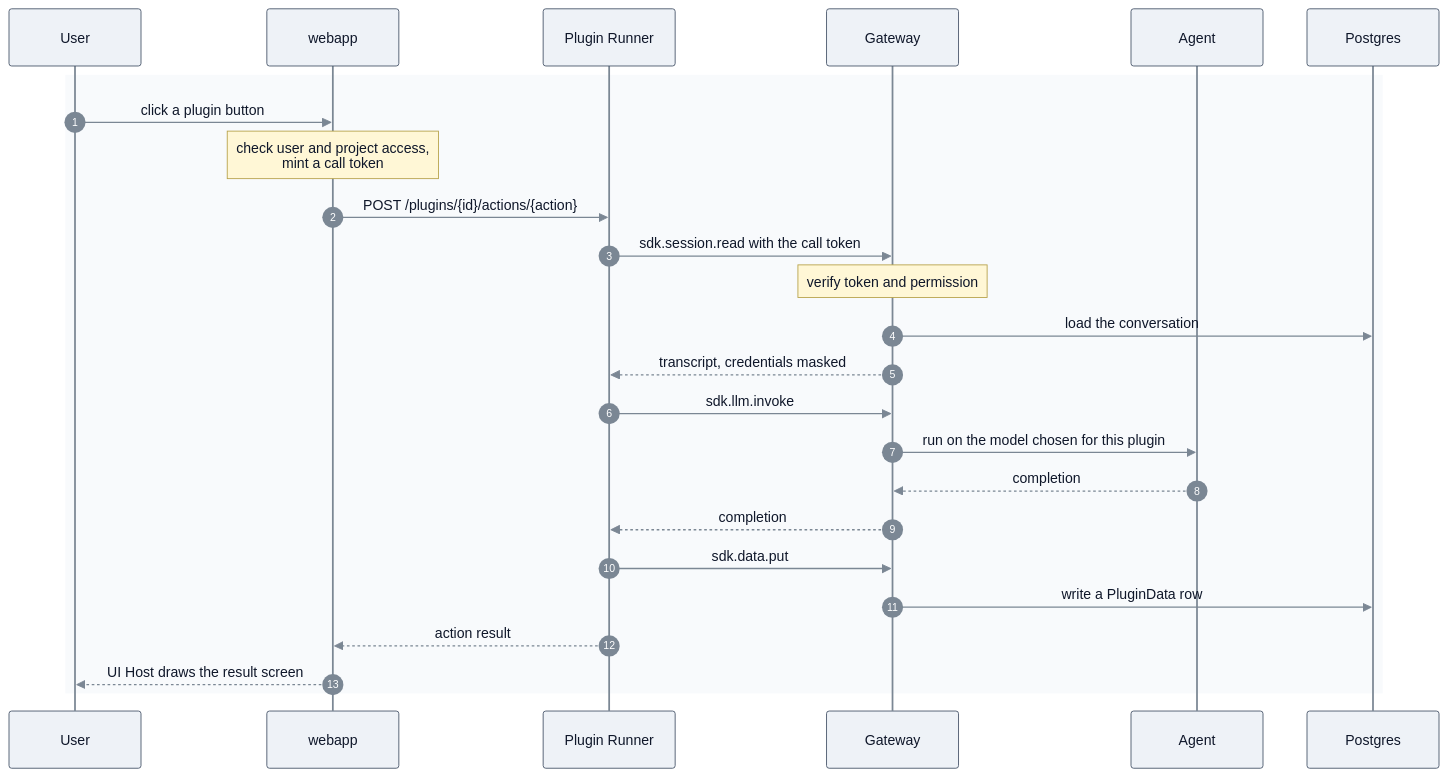
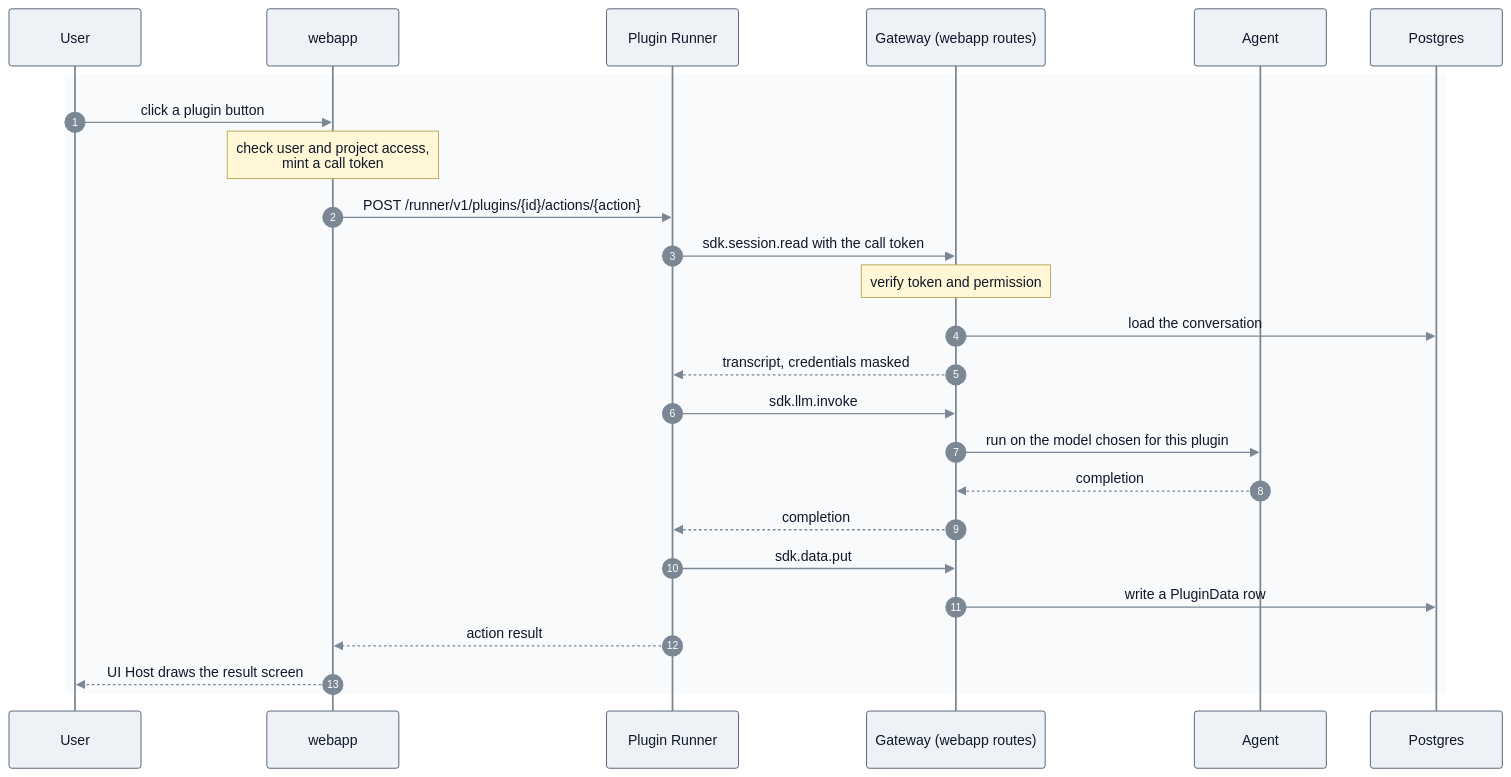
The ninth of 16 diagrams in docs/readmes/README.PLUGINS.md (EntroVyx/redamon), drawn with Mermaid before and after one commit. The commit also changed other lines of this file and 1 other file, not shown here.

First line of the commit message:
docs(plugins): describe the platform as built, with the plugin SDK reference

````diff
--- a/docs/readmes/README.PLUGINS.md
+++ b/docs/readmes/README.PLUGINS.md
@@ -1065,29 +1285,29 @@
 ```mermaid
 %%{init: {"theme": "base", "themeVariables": {"primaryColor": "#EEF2F7", "primaryTextColor": "#0F172A", "primaryBorderColor": "#475569", "secondaryColor": "#E2E8F0", "tertiaryColor": "#F8FAFC", "lineColor": "#7B8794", "textColor": "#0F172A", "clusterBkg": "#F8FAFC", "clusterBorder": "#94A3B8", "titleColor": "#0F172A", "edgeLabelBackground": "#FFFFFF", "relationLabelBackground": "#FFFFFF", "relationLabelColor": "#0F172A", "attributeBackgroundColorOdd": "#FFFFFF", "attributeBackgroundColorEven": "#F8FAFC", "actorBkg": "#EEF2F7", "actorBorder": "#475569", "actorTextColor": "#0F172A", "actorLineColor": "#7B8794", "signalColor": "#7B8794", "signalTextColor": "#0F172A", "labelBoxBkgColor": "#E2E8F0", "labelBoxBorderColor": "#475569", "labelTextColor": "#0F172A", "loopTextColor": "#0F172A", "noteBkgColor": "#FFF7D6", "noteTextColor": "#0F172A", "noteBorderColor": "#B7A24A", "sequenceNumberColor": "#FFFFFF"}}}%%
 sequenceDiagram
     autonumber
     participant U as User
     participant W as webapp
     participant R as Plugin Runner
-    participant G as Gateway
+    participant G as Gateway (webapp routes)
     participant A as Agent
     participant D as Postgres
 
     rect rgb(248, 250, 252)
     U->>W: click a plugin button
     Note over W: check user and project access,<br/>mint a call token
-    W->>R: POST /plugins/{id}/actions/{action}
+    W->>R: POST /runner/v1/plugins/{id}/actions/{action}
     R->>G: sdk.session.read with the call token
     Note over G: verify token and permission
     G->>D: load the conversation
     G-->>R: transcript, credentials masked
     R->>G: sdk.llm.invoke
     G->>A: run on the model chosen for this plugin
     A-->>G: completion
     G-->>R: completion
     R->>G: sdk.data.put
     G->>D: write a PluginData row
     R-->>W: action result
     W-->>U: UI Host draws the result screen
     end
 ```
````
